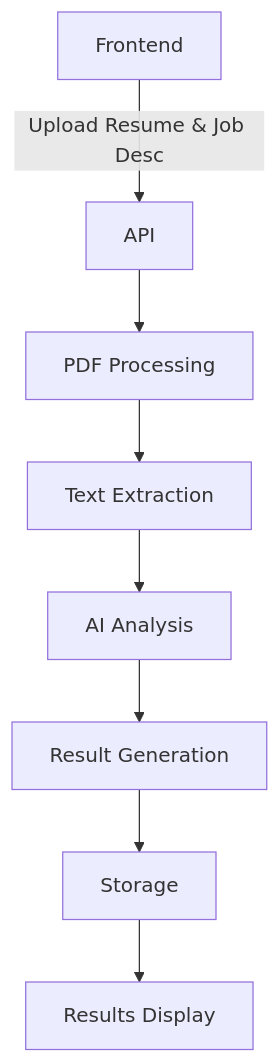
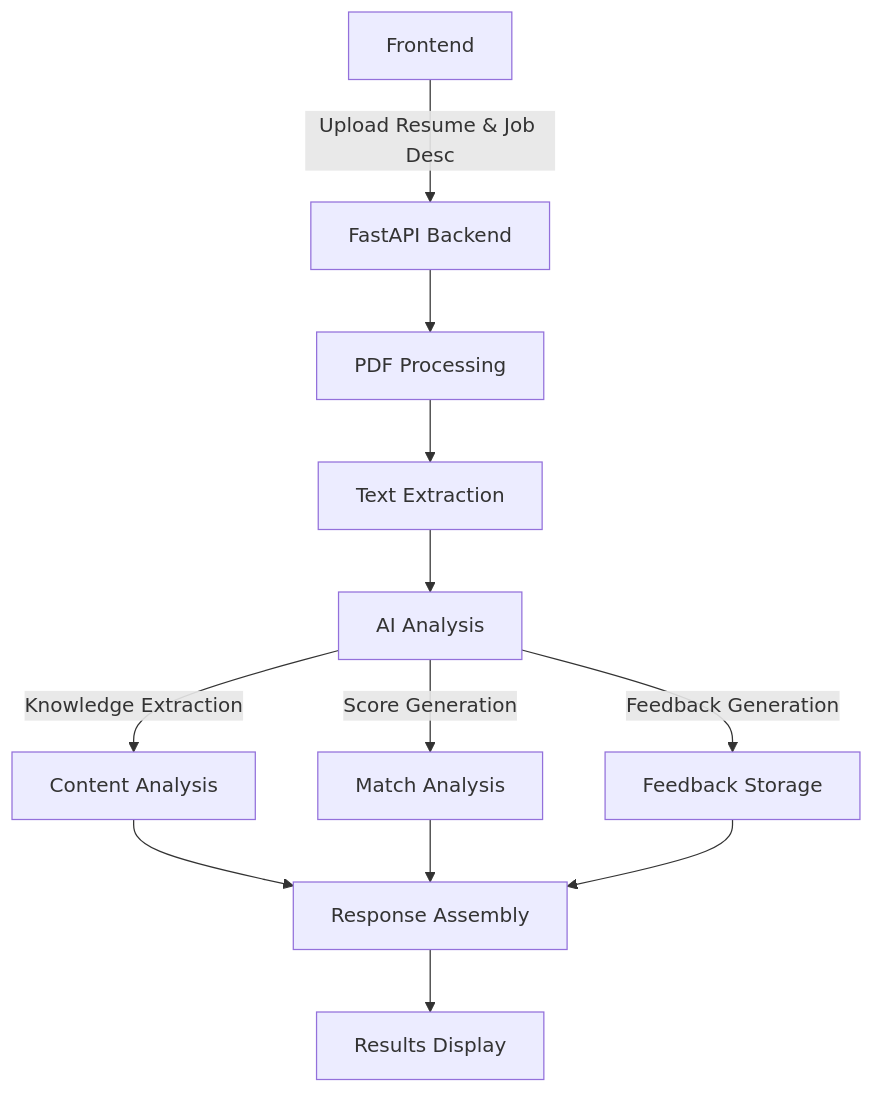
The diagram in docs/resume_evaluator_implementation.md (Badou-AI/hawkhire), drawn with Mermaid before and after one commit. The commit also changed other lines of this file, not shown here.

````diff
--- a/docs/resume_evaluator_implementation.md
+++ b/docs/resume_evaluator_implementation.md
@@ -8,10 +8,14 @@
 ```mermaid
 graph TD
-    A[Frontend] -->|Upload Resume & Job Desc| B[API]
+    A[Frontend] -->|Upload Resume & Job Desc| B[FastAPI Backend]
     B --> C[PDF Processing]
     C --> D[Text Extraction]
     D --> E[AI Analysis]
-    E --> F[Result Generation]
-    F --> G[Storage]
-    G --> H[Results Display]
+    E -->|Knowledge Extraction| F[Content Analysis]
+    E -->|Score Generation| G[Match Analysis]
+    E -->|Feedback Generation| H[Feedback Storage]
+    F --> I[Response Assembly]
+    G --> I
+    H --> I
+    I --> J[Results Display]
 ```
````
